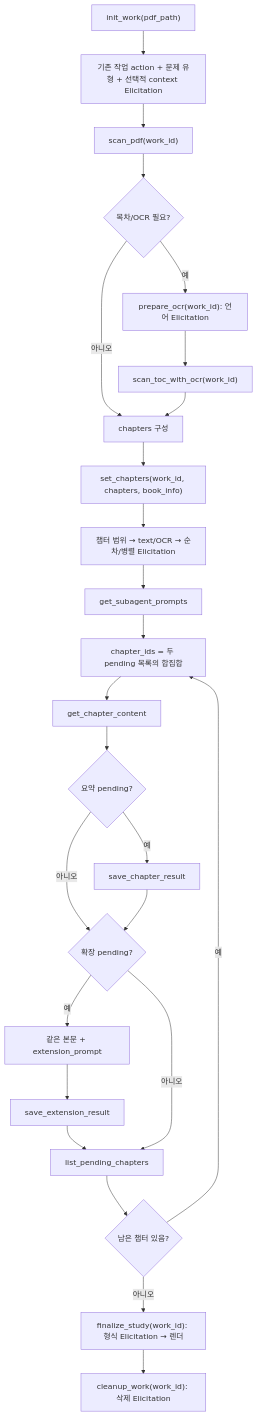
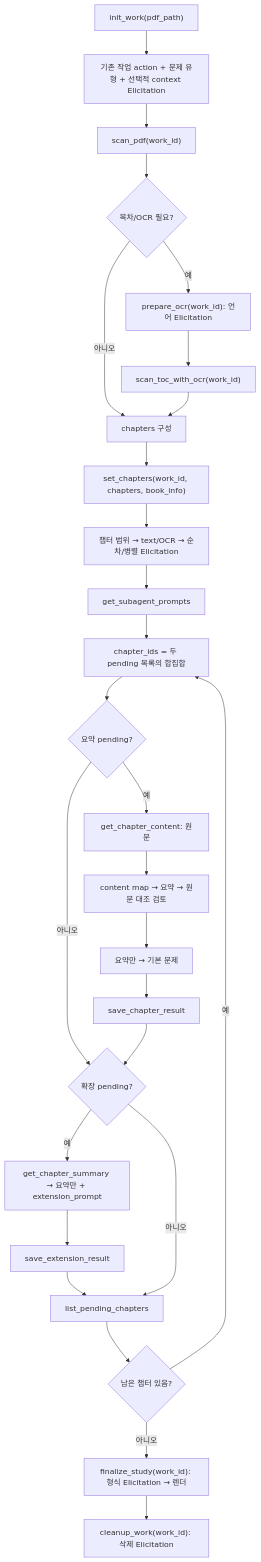
One commit to lsh2613/pdf-study changed the diagram in docs/architecture.md. Above: the diagram before and after it, drawn with Mermaid. The commit also changed other lines of this file and 26 other files, not shown here.

````diff
--- a/docs/architecture.md
+++ b/docs/architecture.md
@@ -65,30 +67,32 @@
 ```mermaid
 flowchart TD
     A["init_work(pdf_path)"] --> A0["기존 작업 action + 문제 유형 + 선택적 context Elicitation"]
     A0 --> B["scan_pdf(work_id)"]
     B --> C{"목차/OCR 필요?"}
     C -->|예| D["prepare_ocr(work_id): 언어 Elicitation"]
     D --> E["scan_toc_with_ocr(work_id)"]
     C -->|아니오| F["chapters 구성"]
     E --> F
     F --> G["set_chapters(work_id, chapters, book_info)"]
     G --> G0["챕터 범위 → text/OCR → 순차/병렬 Elicitation"]
     G0 --> P["get_subagent_prompts"]
 
     P --> Q["chapter_ids = 두 pending 목록의 합집합"]
-    Q --> R["get_chapter_content"]
-    R --> S{"요약 pending?"}
-    S -->|예| S0["save_chapter_result"]
+    Q --> S{"요약 pending?"}
+    S -->|예| R["get_chapter_content: 원문"]
+    R --> R0["content map → 요약 → 원문 대조 검토"]
+    R0 --> R1["요약만 → 기본 문제"]
+    R1 --> S0["save_chapter_result"]
     S -->|아니오| S1{"확장 pending?"}
     S0 --> S1
 
-    S1 -->|예| T["같은 본문 + extension_prompt"]
+    S1 -->|예| T["get_chapter_summary → 요약만 + extension_prompt"]
     T --> U["save_extension_result"]
     U --> V["list_pending_chapters"]
     S1 -->|아니오| V
 
     V --> W{"남은 챕터 있음?"}
     W -->|예| Q
     W -->|아니오| X["finalize_study(work_id): 형식 Elicitation → 렌더"]
     X --> Y["cleanup_work(work_id): 삭제 Elicitation"]
 ```
````
